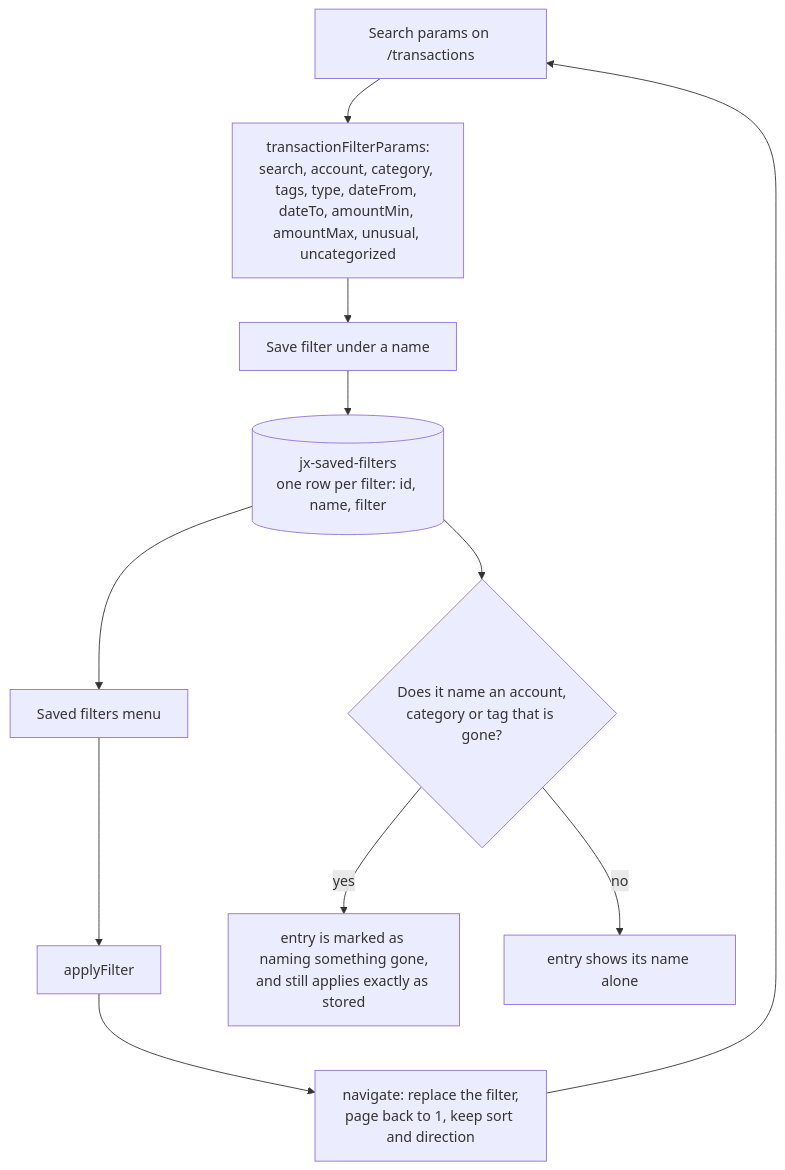
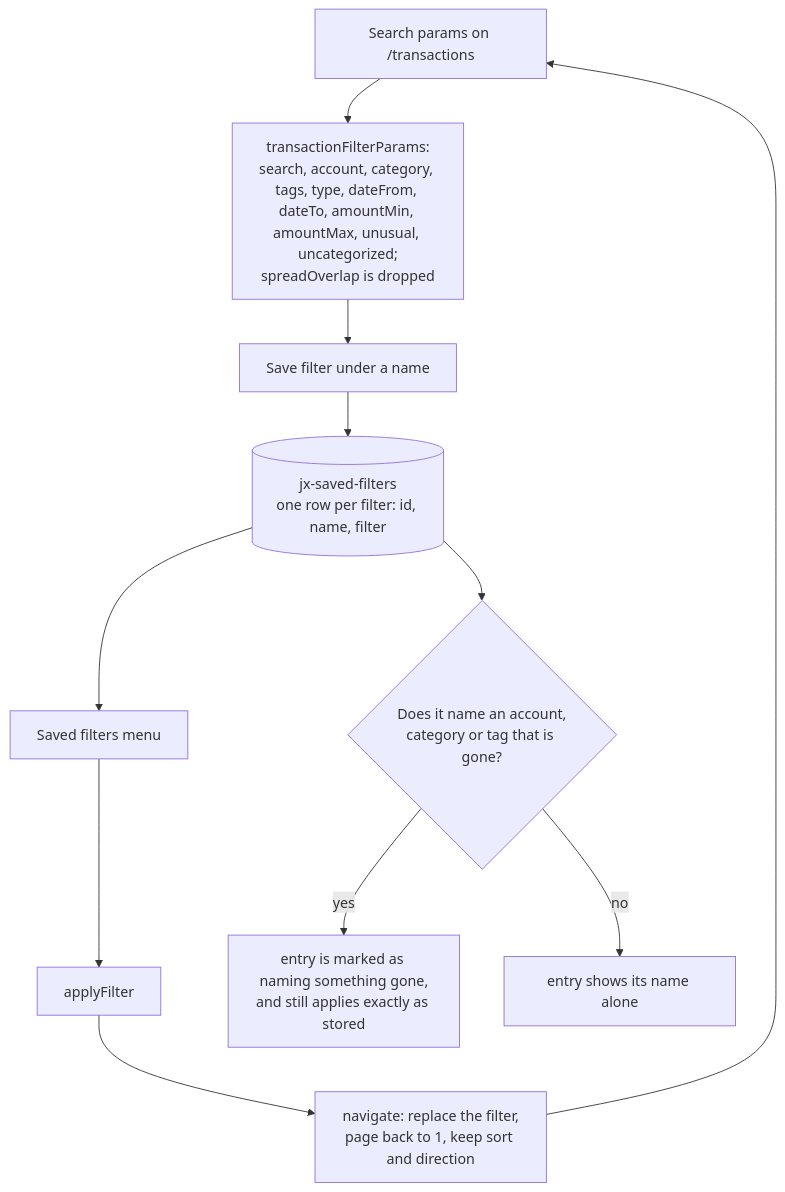
One commit to Justxs/Jx-Finance changed the fourth of 5 diagrams in docs/features/transactions.md. Above: the diagram before and after it, drawn with Mermaid. The commit also changed other lines of this file and 119 other files, not shown here.

First line of the commit message:
feat(transactions): spread a payment across months

````diff
--- a/docs/features/transactions.md
+++ b/docs/features/transactions.md
@@ -164,13 +180,13 @@
 ```mermaid
 flowchart TD
-    Url["Search params on /transactions"] --> Part["transactionFilterParams:<br/>search, account, category, tags, type, dateFrom, dateTo, amountMin, amountMax, unusual, uncategorized"]
+    Url["Search params on /transactions"] --> Part["transactionFilterParams:<br/>search, account, category, tags, type, dateFrom, dateTo, amountMin, amountMax, unusual, uncategorized;<br/>spreadOverlap is dropped"]
     Part --> Save["Save filter under a name"]
     Save --> Store[("jx-saved-filters<br/>one row per filter: id, name, filter")]
     Store --> List["Saved filters menu"]
     List --> Apply["applyFilter"]
     Apply --> Nav["navigate: replace the filter,<br/>page back to 1, keep sort and direction"]
     Nav --> Url
     Store --> Check{"Does it name an account,<br/>category or tag that is gone?"}
     Check -->|"yes"| Mark["entry is marked as naming something gone,<br/>and still applies exactly as stored"]
     Check -->|"no"| Plain["entry shows its name alone"]
 ```
````
